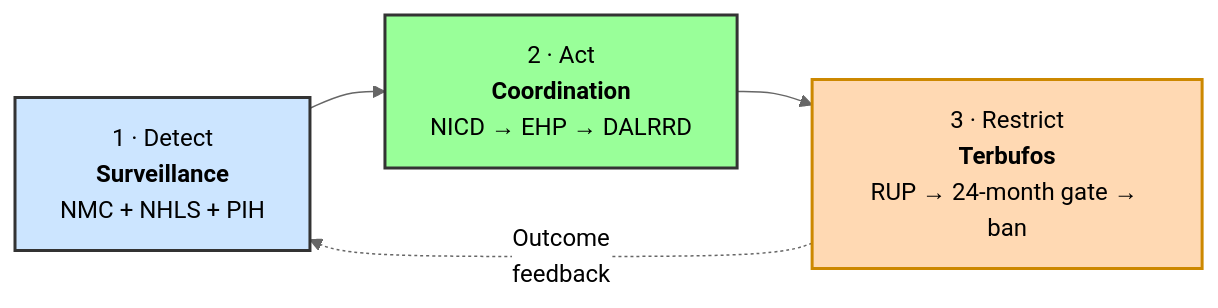
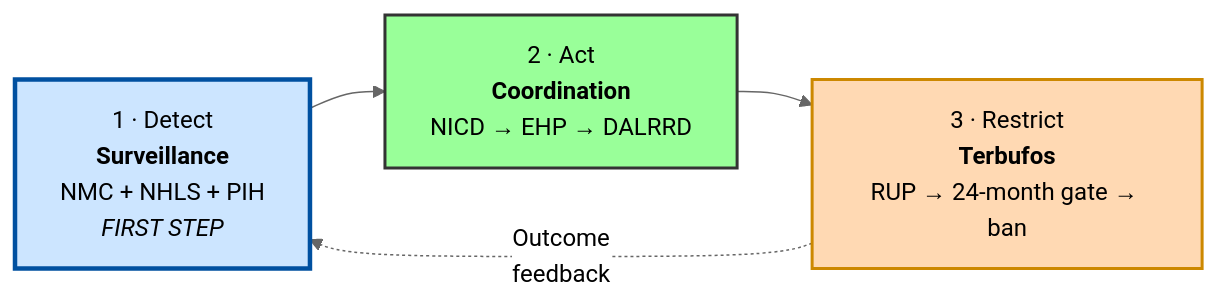
One commit to bridaybrummer/D2P_project changed the diagram in index.qmd. Above: the diagram before and after it, drawn with Mermaid (neutral theme). The commit also changed other lines of this file and 15 other files, not shown here.

````diff
--- a/index.qmd
+++ b/index.qmd
@@ -69,12 +83,12 @@
 ```{mermaid}
 %%| label: fig-golden-thread
-%%| fig-cap: "Golden thread of the D2P briefs. Better detection generates the evidence the coordination loop needs; the closed loop terminates in product-specific regulatory action; outcomes of that action are picked up by the same surveillance system that started the chain."
+%%| fig-cap: "Golden thread of the D2P briefs. Surveillance comes first because it is the precondition for credible action on the other two. Better detection generates the evidence the coordination loop needs; the closed loop terminates in product-specific regulatory action (starting with terbufos); outcomes of that action are picked up by the same surveillance system that started the chain."
 flowchart LR
-    S[1 · Detect<br/><b>Surveillance</b><br/>NMC + NHLS + PIH] --> C[2 · Act<br/><b>Coordination</b><br/>NICD → EHP → DALRRD]
+    S[1 · Detect<br/><b>Surveillance</b><br/>NMC + NHLS + PIH<br/><i>FIRST STEP</i>] --> C[2 · Act<br/><b>Coordination</b><br/>NICD → EHP → DALRRD]
     C --> R[3 · Restrict<br/><b>Terbufos</b><br/>RUP → 24-month gate → ban]
     R -.Outcome<br/>feedback.-> S
 
-    style S fill:#cce5ff,stroke:#333,stroke-width:2px
+    style S fill:#cce5ff,stroke:#0050a0,stroke-width:3px
     style C fill:#9f9,stroke:#333,stroke-width:2px
     style R fill:#ffd9b3,stroke:#cc8800,stroke-width:2px
 ```
````
